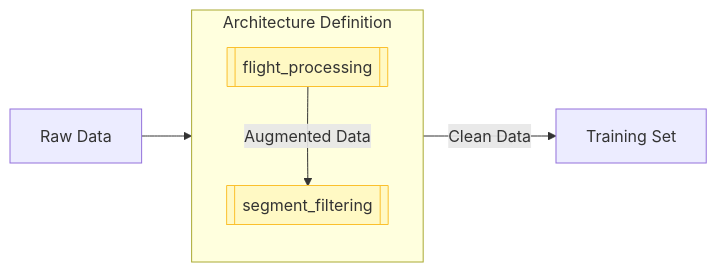
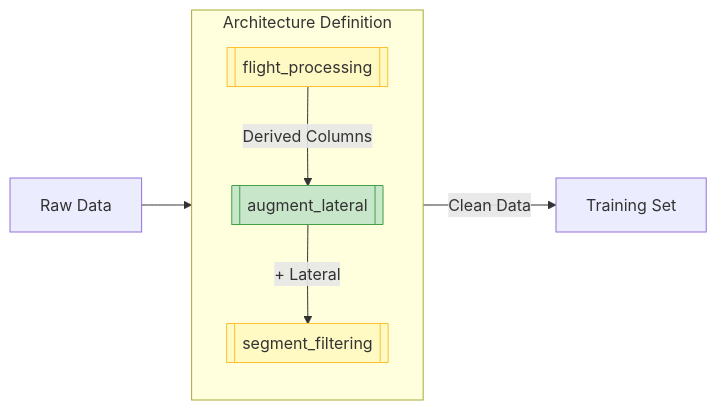
One commit to eurocontrol-asu/node-fdm changed the second of 3 diagrams in docs/quickstart/concepts.md. Above: the diagram before and after it, drawn with Mermaid. The commit also changed other lines of this file and 3 other files, not shown here.

````diff
--- a/docs/quickstart/concepts.md
+++ b/docs/quickstart/concepts.md
@@ -84,16 +84,19 @@
 ```mermaid
 graph LR
     Raw[Raw Data] --> Hook1
 
     subgraph Architecture Definition
         direction TB
         Hook1[[flight_processing]]
+        Hook3[[augment_lateral]]
         Hook2[[segment_filtering]]
     end
 
-    Hook1 -->|Augmented Data| Hook2
+    Hook1 -->|Derived Columns| Hook3
+    Hook3 -->|+ Lateral| Hook2
     Hook2 -->|Clean Data| Train[Training Set]
 
     style Hook1 fill:#FFF9C4,stroke:#FBC02D
     style Hook2 fill:#FFF9C4,stroke:#FBC02D
+    style Hook3 fill:#C8E6C9,stroke:#43A047
 ```
````
